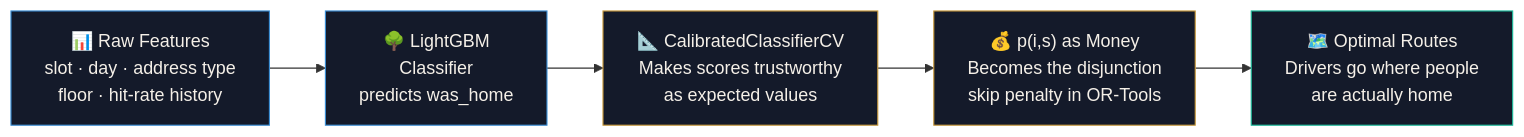
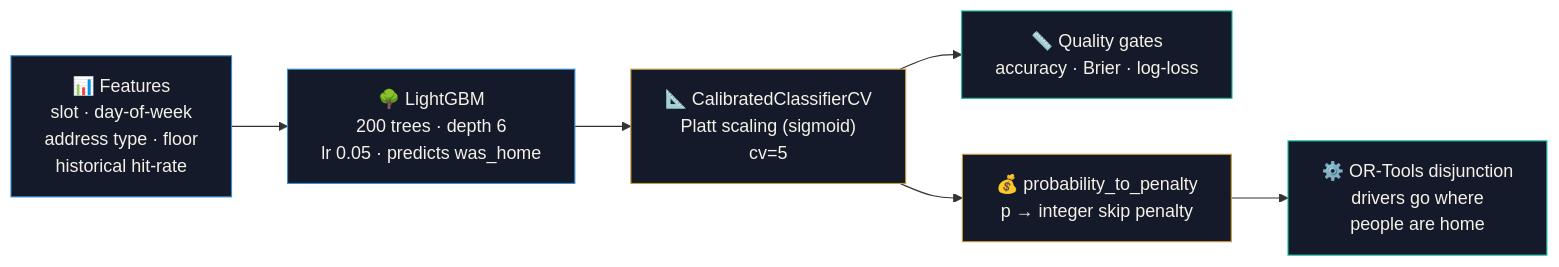
Before and after one commit to lobezno16/Takumi: the eighth of 14 diagrams in README.md, drawn with Mermaid. The commit also changed other lines of this file, not shown here.

````diff
--- a/README.md
+++ b/README.md
@@ -365,13 +489,15 @@
 ```mermaid
 graph LR
-    A["📊 Raw Features<br/>slot · day · address type<br/>floor · hit-rate history"] --> B["🌳 LightGBM<br/>Classifier<br/>predicts was_home"]
-    B --> C["📐 CalibratedClassifierCV<br/>Makes scores trustworthy<br/>as expected values"]
-    C --> D["💰 p(i,s) as Money<br/>Becomes the disjunction<br/>skip penalty in OR-Tools"]
-    D --> E["🗺️ Optimal Routes<br/>Drivers go where people<br/>are actually home"]
+    A["📊 Features<br/>slot · day-of-week<br/>address type · floor<br/>historical hit-rate"] --> B["🌳 LightGBM<br/>200 trees · depth 6<br/>lr 0.05 · predicts was_home"]
+    B --> C["📐 CalibratedClassifierCV<br/>Platt scaling (sigmoid)<br/>cv=5"]
+    C --> M["📏 Quality gates<br/>accuracy · Brier · log-loss"]
+    C --> D["💰 probability_to_penalty<br/>p → integer skip penalty"]
+    D --> E["⚙️ OR-Tools disjunction<br/>drivers go where<br/>people are home"]
 
     style A fill:#141a2a,stroke:#3a8fd6,color:#f5f0e8
     style B fill:#141a2a,stroke:#3a8fd6,color:#f5f0e8
     style C fill:#141a2a,stroke:#c99a3c,color:#f5f0e8
+    style M fill:#141a2a,stroke:#1abc9c,color:#f5f0e8
     style D fill:#141a2a,stroke:#c99a3c,color:#f5f0e8
     style E fill:#141a2a,stroke:#1abc9c,color:#f5f0e8
 ```
````
